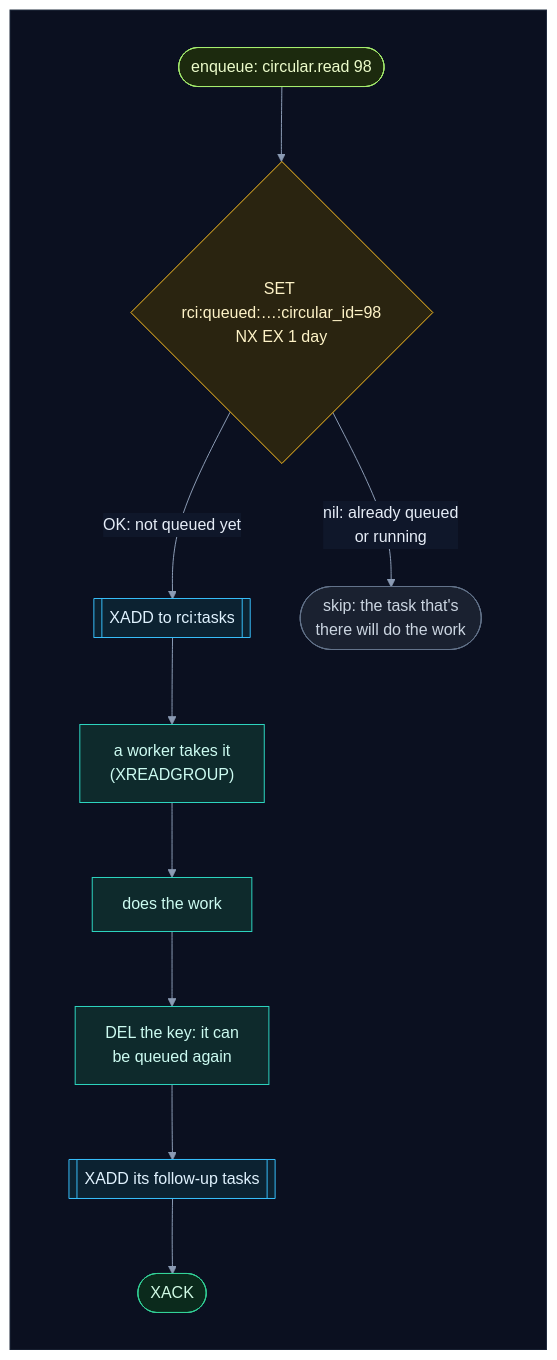
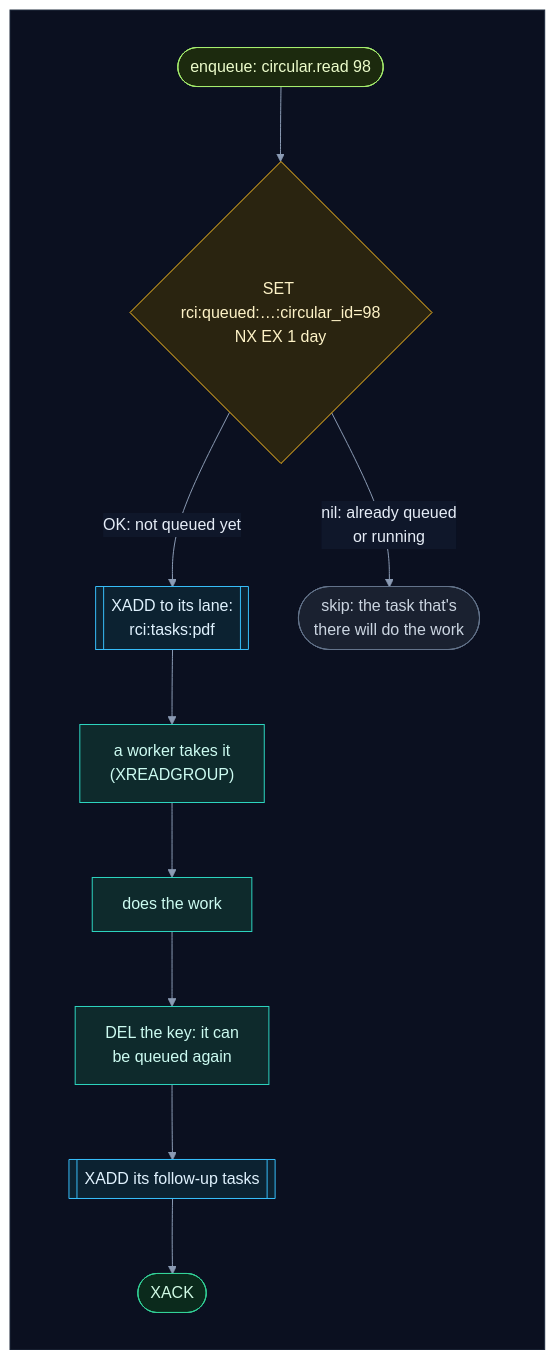
One commit to selvakumarperumal/Regulatory_Circular_Impact_Agent changed diagram 18 of 20 in how_the_worker_works.md. Above: the diagram before and after it, drawn with Mermaid. The commit also changed other lines of this file and 7 other files, not shown here.

Commit message:
Document the PDF lane and the main lane

````diff
--- a/how_the_worker_works.md
+++ b/how_the_worker_works.md
@@ -1001,32 +1079,32 @@
 ```mermaid
 %%{init: {"theme": "base", "flowchart": {"diagramPadding": 0}, "themeVariables": {"darkMode": true, "primaryColor": "#16213a", "primaryTextColor": "#e6edf7", "primaryBorderColor": "#475a7a", "lineColor": "#8b9bb4", "secondaryColor": "#1b2436", "tertiaryColor": "#101a2e", "edgeLabelBackground": "#0f172a", "textColor": "#e2e8f0", "clusterBkg": "#0f1728", "clusterBorder": "#2b3a55", "titleColor": "#c4b5fd", "nodeTextColor": "#e6edf7"}}}%%
 flowchart TD
     subgraph canvas[" "]
         direction TB
         add(["enqueue: circular.read 98"]) --> nx{"SET rci:queued:…:circular_id=98<br/>NX EX 1 day"}
-        nx -->|"OK: not queued yet"| x[["XADD to rci:tasks"]]
+        nx -->|"OK: not queued yet"| x[["XADD to its lane:<br/>rci:tasks:pdf"]]
         nx -->|"nil: already queued<br/>or running"| skip(["skip: the task that's<br/>there will do the work"])
         x --> take["a worker takes it<br/>(XREADGROUP)"]
         take --> work["does the work"]
         work --> del["DEL the key: it can<br/>be queued again"]
         del --> follow[["XADD its follow-up tasks"]]
         follow --> ack(["XACK"])
     end
     classDef svc fill:#0e2a2c,stroke:#2dd4bf,color:#ccfbf1
     classDef data fill:#1c1a47,stroke:#818cf8,color:#e0e7ff
     classDef ext fill:#2a1640,stroke:#c084fc,color:#f3e8ff
     classDef gpu fill:#2d1b0c,stroke:#fb923c,color:#ffedd5
     classDef ask fill:#2a2410,stroke:#fbbf24,color:#fef3c7
     classDef ok fill:#0b2a1c,stroke:#34d399,color:#d1fae5
     classDef bad fill:#2e0f17,stroke:#fb7185,color:#ffe4e6
     classDef start fill:#1c2a0e,stroke:#a7ef6f,color:#ecfccb
     classDef muted fill:#1a2130,stroke:#64748b,color:#cbd5e1
     classDef queue fill:#0c2231,stroke:#38bdf8,color:#e0f2fe
     class add start
     class nx ask
     class x,follow queue
     class skip muted
     class take,work,del svc
     class ack ok
     style canvas fill:#0b1020,stroke:#1e293b,color:#0b1020
 ```
````
